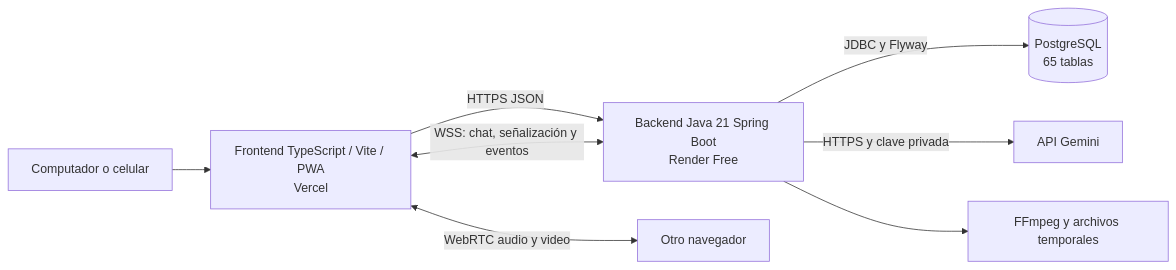
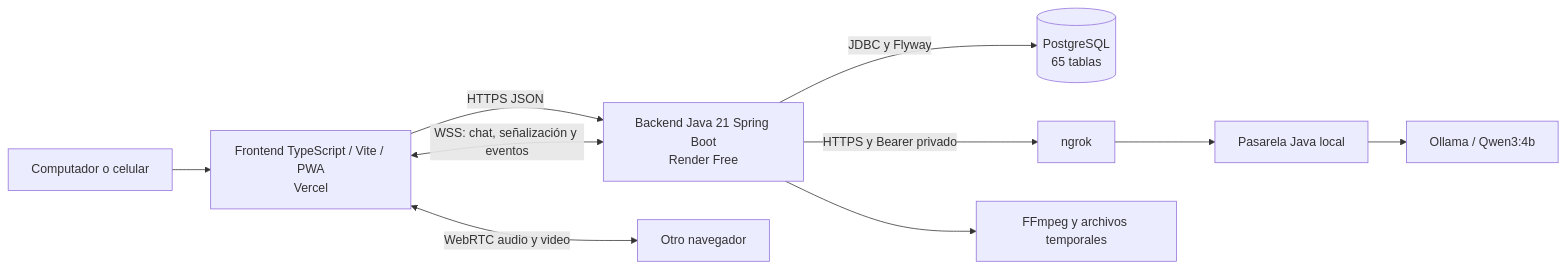
Before and after one commit to samuelvallejo/Proyecto-final-patrones-de-software: the first of 2 diagrams in docs/ARQUITECTURA.md, drawn with Mermaid. The commit also changed other lines of this file and 24 other files, not shown here.

Commit message:
Integrate authenticated local Ollama inference through ngrok and retry cloud signaling

````diff
--- a/docs/ARQUITECTURA.md
+++ b/docs/ARQUITECTURA.md
@@ -5,10 +5,12 @@
 ```mermaid
 flowchart LR
     U[Computador o celular] --> F[Frontend TypeScript / Vite / PWA\nVercel]
     F -->|HTTPS JSON| B[Backend Java 21 Spring Boot\nRender Free]
     F <-->|WSS: chat, señalización y eventos| B
     B -->|JDBC y Flyway| D[(PostgreSQL\n65 tablas)]
-    B -->|HTTPS y clave privada| G[API Gemini]
+    B -->|HTTPS y Bearer privado| N[ngrok]
+    N --> G[Pasarela Java local]
+    G --> O[Ollama / Qwen3:4b]
     B --> M[FFmpeg y archivos temporales]
     F <-->|WebRTC audio y video| V[Otro navegador]
 ```
````
